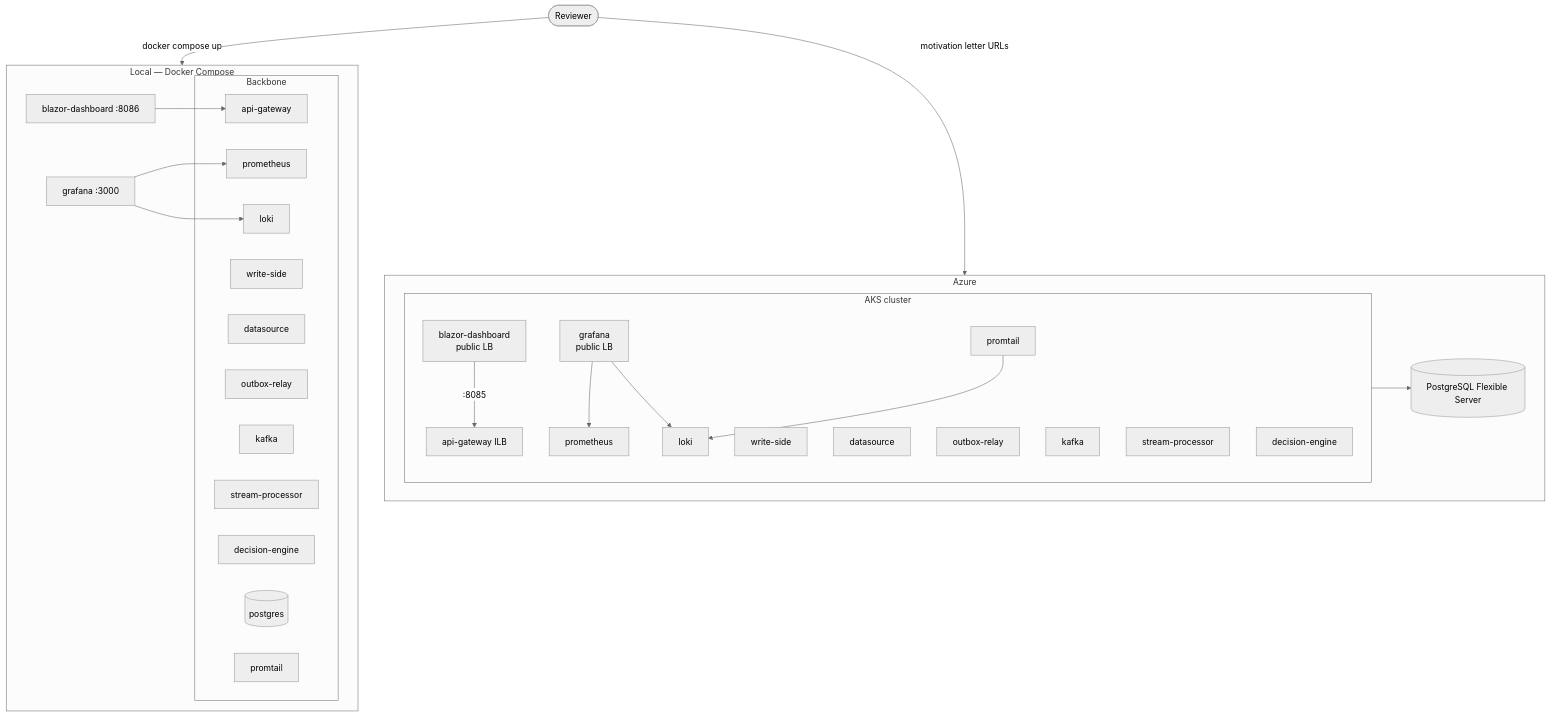
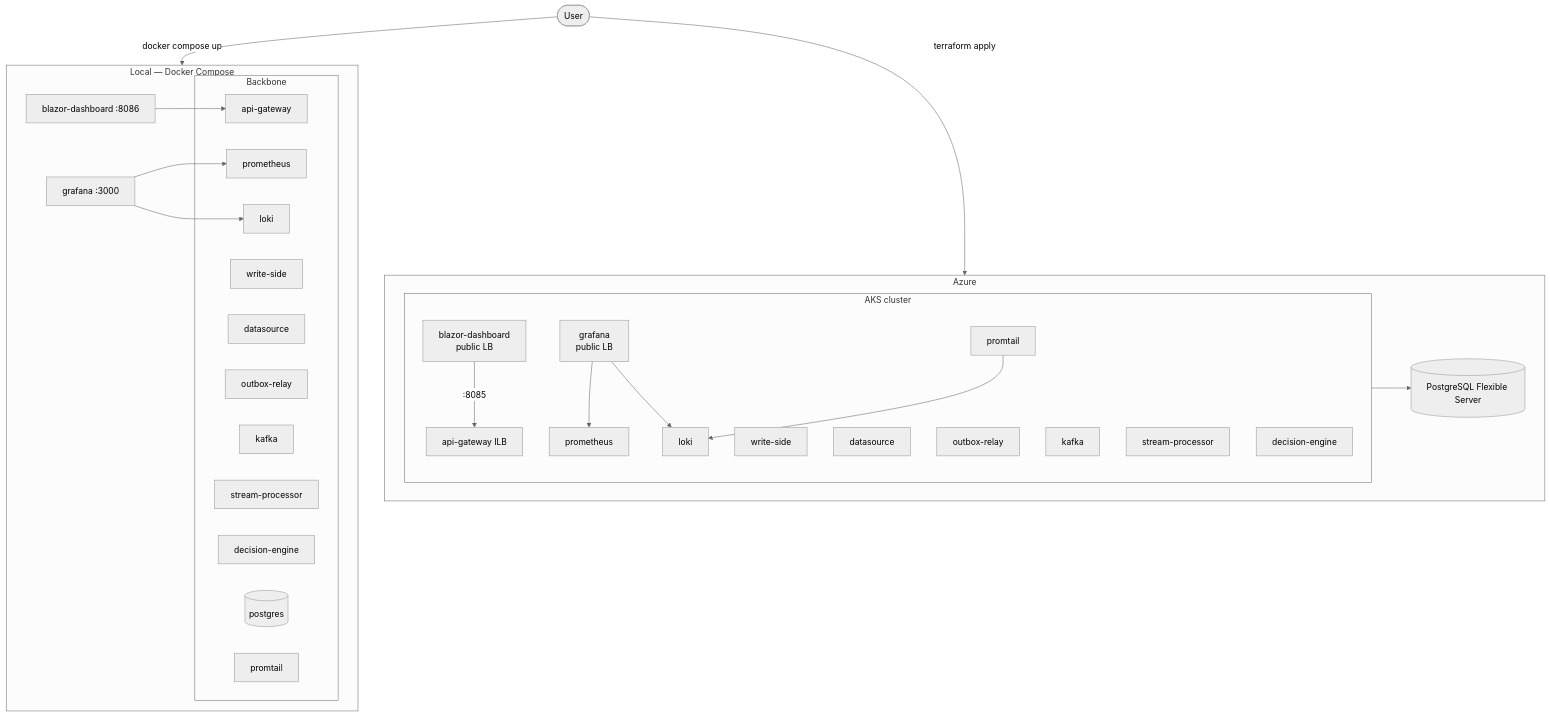
Before and after one commit to asaleh-lab/AetherStream: the third of 3 diagrams in README.md, drawn with Mermaid (neutral theme). The commit also changed other lines of this file and 2 other files, not shown here.

````diff
--- a/README.md
+++ b/README.md
@@ -112,51 +107,51 @@
 ```mermaid
 flowchart TB
-  U([Reviewer])
+  U([User])
 
   subgraph Local["Local — Docker Compose"]
     LUI[blazor-dashboard :8086]
     LGF[grafana :3000]
     subgraph LBack["Backbone"]
       LGW[api-gateway]
       LWS[write-side]
       LDS[datasource]
       LRL[outbox-relay]
       LK[kafka]
       LSP[stream-processor]
       LDE[decision-engine]
       LPG[(postgres)]
       LPROM[prometheus]
       LLOKI[loki]
       LPROMT[promtail]
     end
     LUI --> LGW
     LGF --> LPROM
     LGF --> LLOKI
   end
 
   subgraph Azure["Azure"]
     PG[(PostgreSQL Flexible Server)]
     subgraph AKS["AKS cluster"]
       BZ[blazor-dashboard<br/>public LB]
       GR[grafana<br/>public LB]
       AGW[api-gateway ILB]
       PROM[prometheus]
       LOKI[loki]
       PROMTAIL[promtail]
       WS[write-side]
       DS[datasource]
       RL[outbox-relay]
       KF[kafka]
       SP[stream-processor]
       DE[decision-engine]
       BZ -->|:8085| AGW
       GR --> PROM
       GR --> LOKI
       PROMTAIL --> LOKI
     end
     AKS --> PG
   end
 
   U -->|docker compose up| Local
-  U -->|motivation letter URLs| Azure
+  U -->|terraform apply| Azure
 ```
````
